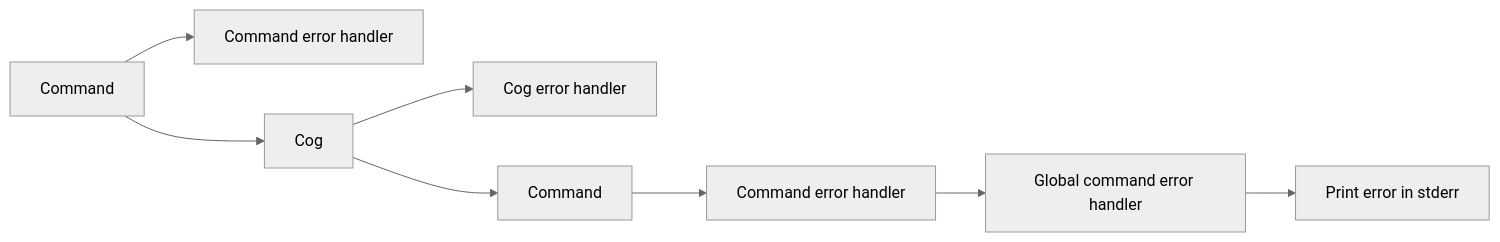
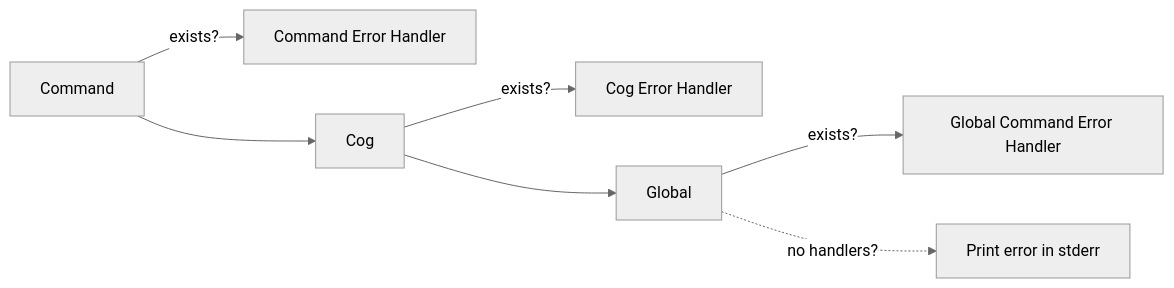
Before and after one commit to FallenDeity/discord.py-masterclass: the diagram in docs/error-handling.md, drawn with Mermaid (neutral theme). The commit also changed other lines of this file, not shown here.

Commit message:
Update error handling page

````diff
--- a/docs/error-handling.md
+++ b/docs/error-handling.md
@@ -68,10 +68,9 @@
 ```mermaid
 graph LR
-    A[Command] --> B[Command error handler]
+    A[Command] -->|exists?| B[Command Error Handler]
     A --> C[Cog]
-    C --> D[Cog error handler]
-    C --> E[Command]
-    E --> F[Command error handler]
-    F --> G[Global command error handler]
-    G --> H[Print error in stderr]
+    C -->|exists?| D[Cog Error Handler]
+    C --> E[Global]
+    E -->|exists?| F[Global Command Error Handler]
+    E -. no handlers? .-> G[Print error in stderr]
 ```
````
